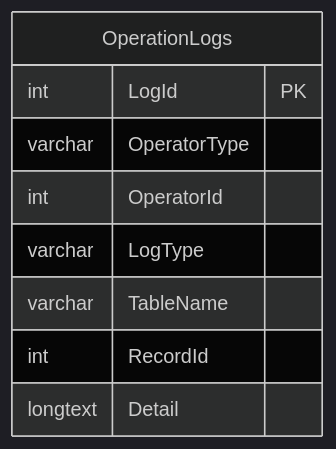
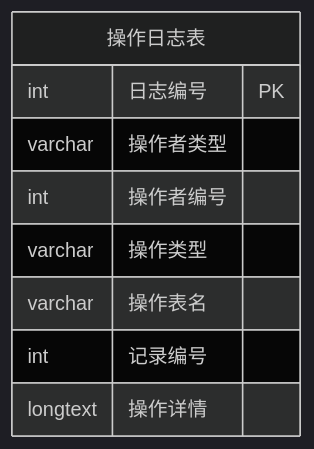
One commit to yangboyuth/effective-palm-tree changed the seventh of 8 diagrams in KCGL_ER.md. Above: the diagram before and after it, drawn with Mermaid (dark theme). The commit also changed other lines of this file, not shown here.

````diff
--- a/KCGL_ER.md
+++ b/KCGL_ER.md
@@ -231,12 +231,12 @@
 ```mermaid
 erDiagram
-    OperationLogs {
-        int LogId PK
-        varchar OperatorType
-        int OperatorId
-        varchar LogType
-        varchar TableName
-        int RecordId
-        longtext Detail
+    "操作日志表" {
+        int 日志编号 PK
+        varchar 操作者类型
+        int 操作者编号
+        varchar 操作类型
+        varchar 操作表名
+        int 记录编号
+        longtext 操作详情
     }
 ```
````
